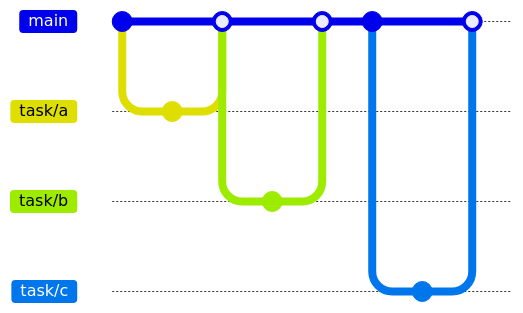
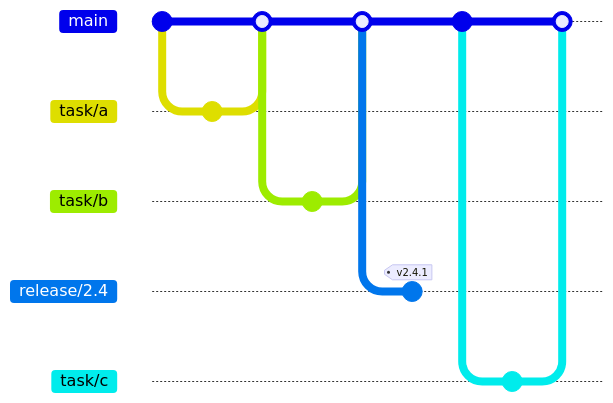
Before and after one commit to AndrewAltimit/Documentation: the fifth of 8 diagrams in github-pages/docs/technology/branching.md, drawn with Mermaid. The commit also changed other lines of this file and 240 other files, not shown here. Commit ids are hidden.

````diff
--- a/github-pages/docs/technology/branching.md
+++ b/github-pages/docs/technology/branching.md
@@ -232,20 +227,24 @@
 ```mermaid
 gitGraph
-    commit
+    commit id: "A"
     branch task/a
     checkout task/a
-    commit
+    commit id: "a1"
     checkout main
     merge task/a
     branch task/b
     checkout task/b
-    commit
+    commit id: "b1"
     checkout main
     merge task/b
-    commit
+    branch release/2.4
+    checkout release/2.4
+    commit id: "cherry-pick fix" tag: "v2.4.1"
+    checkout main
+    commit id: "C"
     branch task/c
     checkout task/c
-    commit
+    commit id: "c1"
     checkout main
     merge task/c
 ```
````
